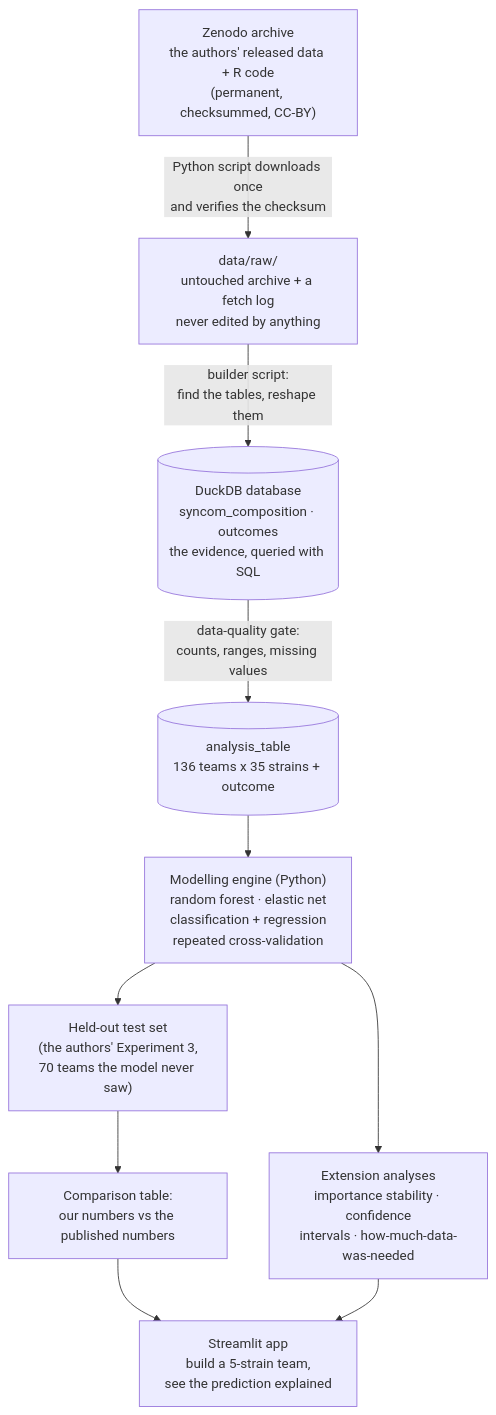
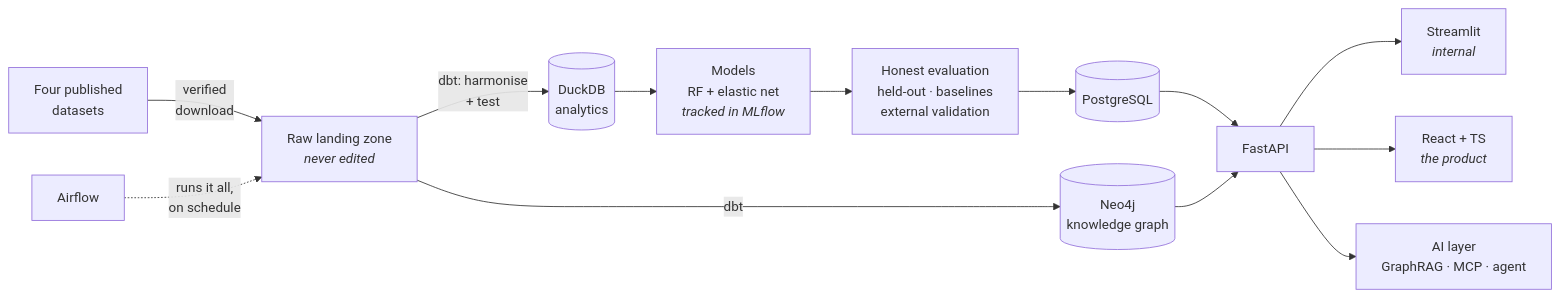
Before and after one commit to akannan2987/realsignal: the diagram in README.md, drawn with Mermaid. The commit also changed other lines of this file and 20 other files, not shown here.

Commit message:
docs: architecture overview and roadmap

````diff
--- a/README.md
+++ b/README.md
@@ -205,13 +187,15 @@
 ```mermaid
-flowchart TD
-    A["Zenodo archive<br/>the authors' released data + R code<br/>(permanent, checksummed, CC-BY)"]
-      -->|"Python script downloads once<br/>and verifies the checksum"| B["data/raw/<br/>untouched archive + a fetch log<br/>never edited by anything"]
-    B -->|"builder script:<br/>find the tables, reshape them"| C[("DuckDB database<br/>syncom_composition · outcomes<br/>the evidence, queried with SQL")]
-    C -->|"data-quality gate:<br/>counts, ranges, missing values"| D[("analysis_table<br/>136 teams x 35 strains + outcome")]
-    D --> E["Modelling engine (Python)<br/>random forest · elastic net<br/>classification + regression<br/>repeated cross-validation"]
-    E --> F["Held-out test set<br/>(the authors' Experiment 3,<br/>70 teams the model never saw)"]
-    F --> G["Comparison table:<br/>our numbers vs the published numbers"]
-    E --> H["Extension analyses<br/>importance stability · confidence<br/>intervals · how-much-data-was-needed"]
-    G --> I["Streamlit app<br/>build a 5-strain team,<br/>see the prediction explained"]
-    H --> I
+flowchart LR
+    A["Four published<br/>datasets"] -->|"verified<br/>download"| B["Raw landing zone<br/><i>never edited</i>"]
+    B -->|"dbt: harmonise<br/>+ test"| C[("DuckDB<br/>analytics")]
+    B -->|"dbt"| D[("Neo4j<br/>knowledge graph")]
+    C --> E["Models<br/>RF + elastic net<br/><i>tracked in MLflow</i>"]
+    E --> F["Honest evaluation<br/>held-out · baselines<br/>external validation"]
+    F --> G[("PostgreSQL")]
+    G --> H["FastAPI"]
+    D --> H
+    H --> I["Streamlit<br/><i>internal</i>"]
+    H --> J["React + TS<br/><i>the product</i>"]
+    H --> K["AI layer<br/>GraphRAG · MCP · agent"]
+    L["Airflow"] -.->|"runs it all,<br/>on schedule"| B
 ```
````
